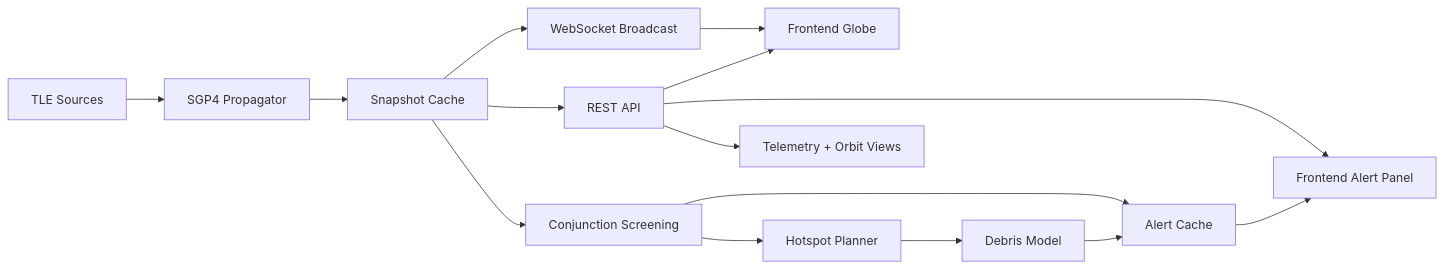
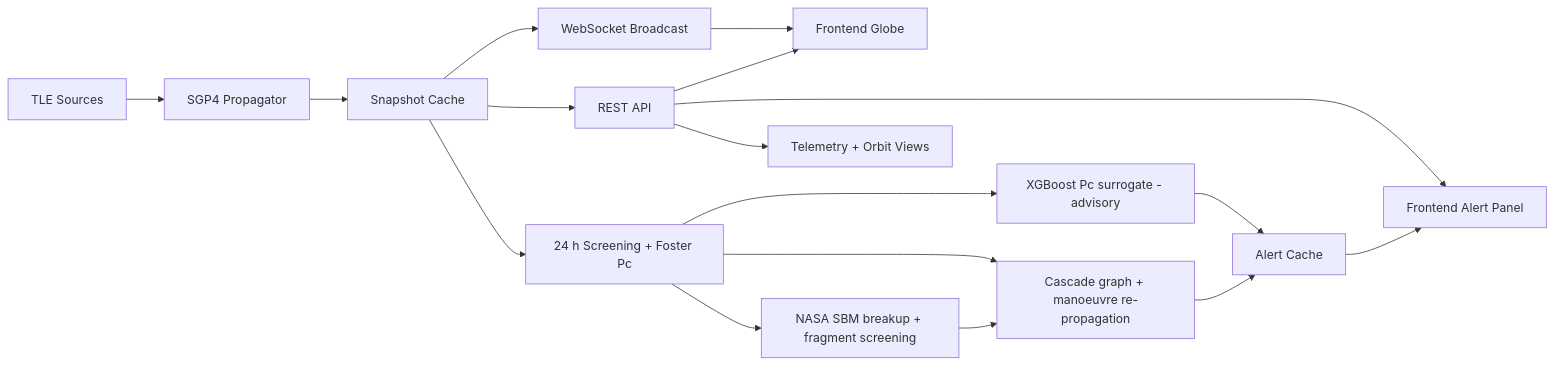
Before and after one commit to Pritam-mb/orbit-sentinal: the first of 2 diagrams in README.md, drawn with Mermaid. The commit also changed other lines of this file and 8 other files, not shown here.

````diff
--- a/README.md
+++ b/README.md
@@ -30,17 +37,19 @@
 ```mermaid
 flowchart LR
   A[TLE Sources] --> B[SGP4 Propagator]
   B --> C[Snapshot Cache]
   C --> D[WebSocket Broadcast]
   C --> E[REST API]
-  C --> F[Conjunction Screening]
-  F --> G[Alert Cache]
-  F --> H[Hotspot Planner]
-  H --> I[Debris Model]
-  I --> G
+  C --> F[24 h Screening + Foster Pc]
+  F --> M[XGBoost Pc surrogate - advisory]
+  F --> H[Cascade graph + manoeuvre re-propagation]
+  F --> I[NASA SBM breakup + fragment screening]
+  I --> H
+  M --> G[Alert Cache]
+  H --> G
   G --> J[Frontend Alert Panel]
   D --> K[Frontend Globe]
   E --> K
   E --> J
   E --> L[Telemetry + Orbit Views]
 ```
````
